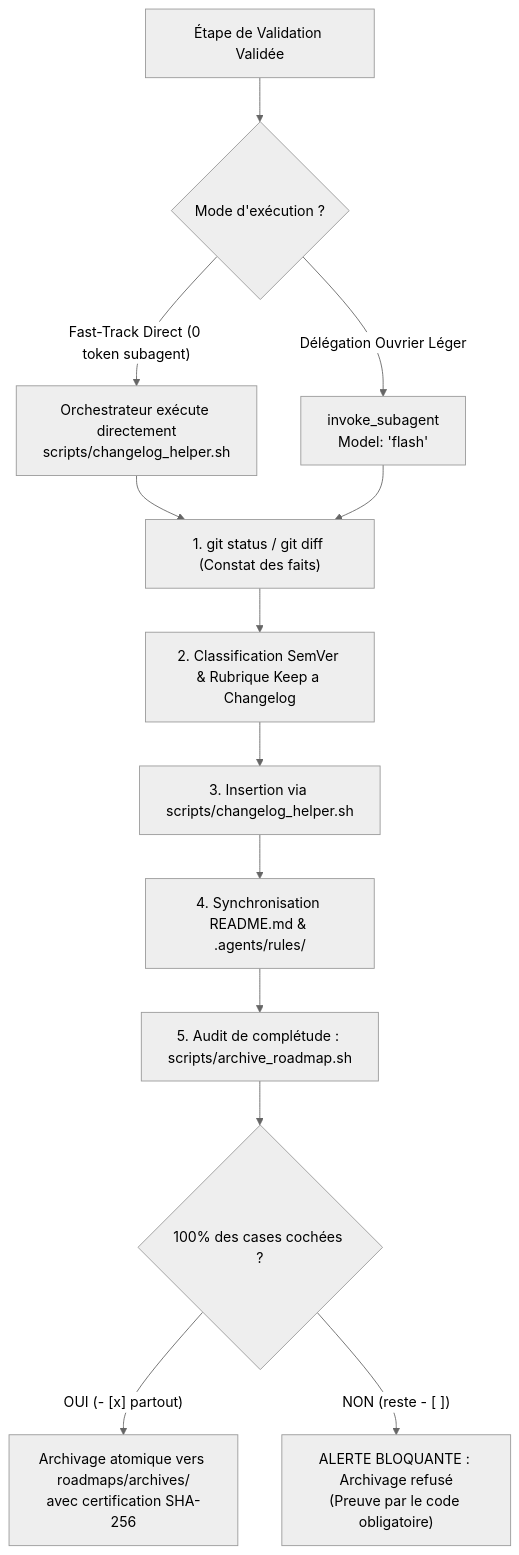
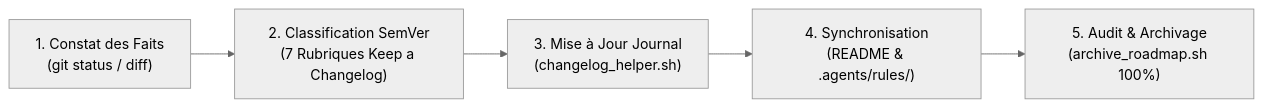
One commit to alexsan-dev/san_agy_framework changed the diagram in src/skills/san_doc_keeper/SKILL.md. Above: the diagram before and after it, drawn with Mermaid (neutral theme). The commit also changed other lines of this file and 114 other files, not shown here.

````diff
--- a/src/skills/san_doc_keeper/SKILL.md
+++ b/src/skills/san_doc_keeper/SKILL.md
@@ -64,17 +14,7 @@
 ```mermaid
-flowchart TD
-    Exec["Étape de Validation Validée"] --> CheckMode{"Mode d'exécution ?"}
-    CheckMode -->|"Fast-Track Direct (0 token subagent)"| Direct["Orchestrateur exécute directement\nscripts/changelog_helper.sh"]
-    CheckMode -->|"Délégation Ouvrier Léger"| Subagent["invoke_subagent\nModel: 'flash'"]
-    
-    Direct --> Step1["1. git status / git diff (Constat des faits)"]
-    Subagent --> Step1
-    
-    Step1 --> Step2["2. Classification SemVer & Rubrique Keep a Changelog"]
-    Step2 --> Step3["3. Insertion via scripts/changelog_helper.sh"]
-    Step3 --> Step4["4. Synchronisation README.md & .agents/rules/"]
-    Step4 --> Step5["5. Audit de complétude : scripts/archive_roadmap.sh"]
-    Step5 --> Step6{"100% des cases cochées ?"}
-    Step6 -->|"OUI (- [x] partout)"| Archive["Archivage atomique vers roadmaps/archives/\navec certification SHA-256"]
-    Step6 -->|"NON (reste - [ ])"| Alert["ALERTE BLOQUANTE : Archivage refusé\n(Preuve par le code obligatoire)"]
+flowchart LR
+    E1["1. Constat des Faits\n(git status / diff)"] --> E2["2. Classification SemVer\n(7 Rubriques Keep a Changelog)"]
+    E2 --> E3["3. Mise à Jour Journal\n(changelog_helper.sh)"]
+    E3 --> E4["4. Synchronisation\n(README & .agents/rules/)"]
+    E4 --> E5["5. Audit & Archivage\n(archive_roadmap.sh 100%)"]
 ```
````
